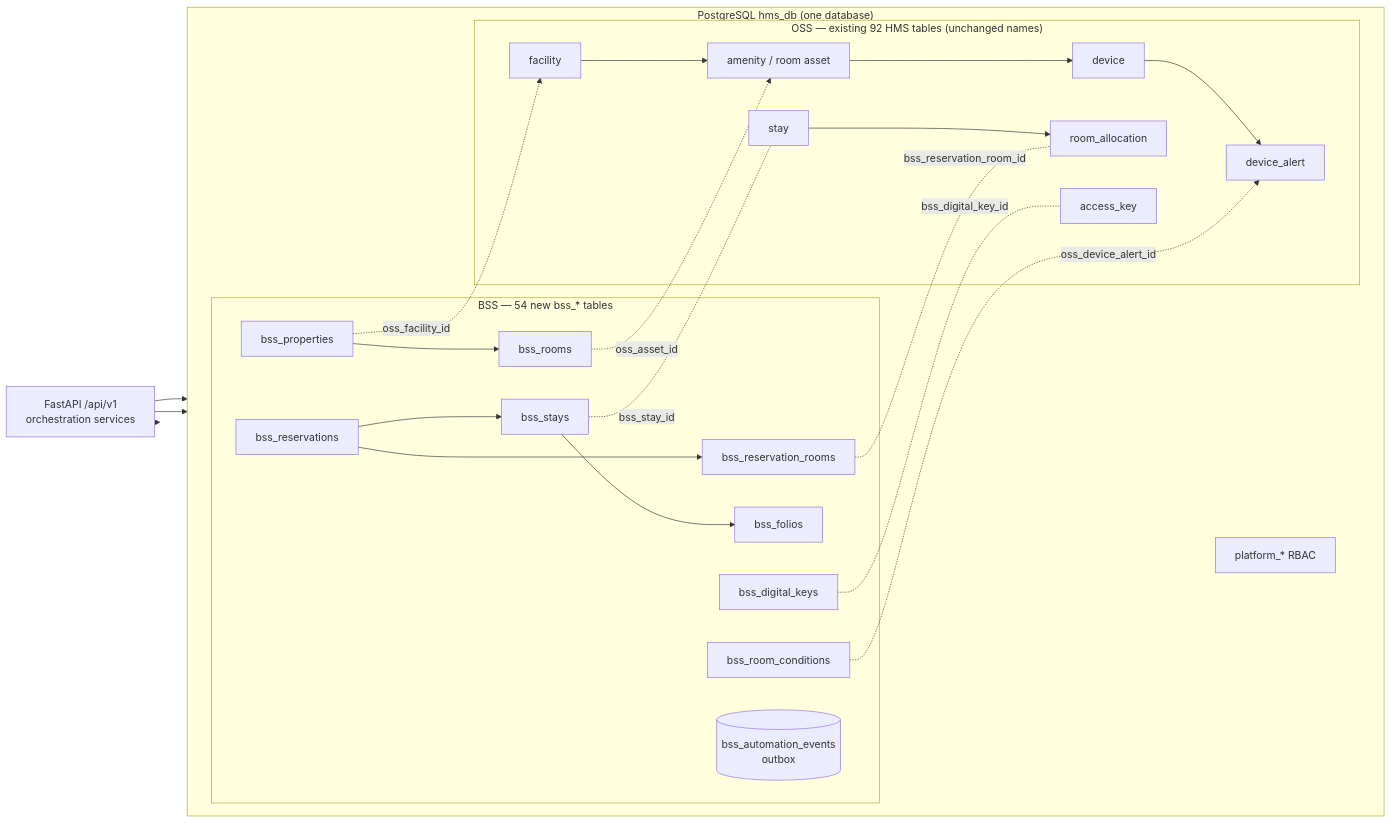
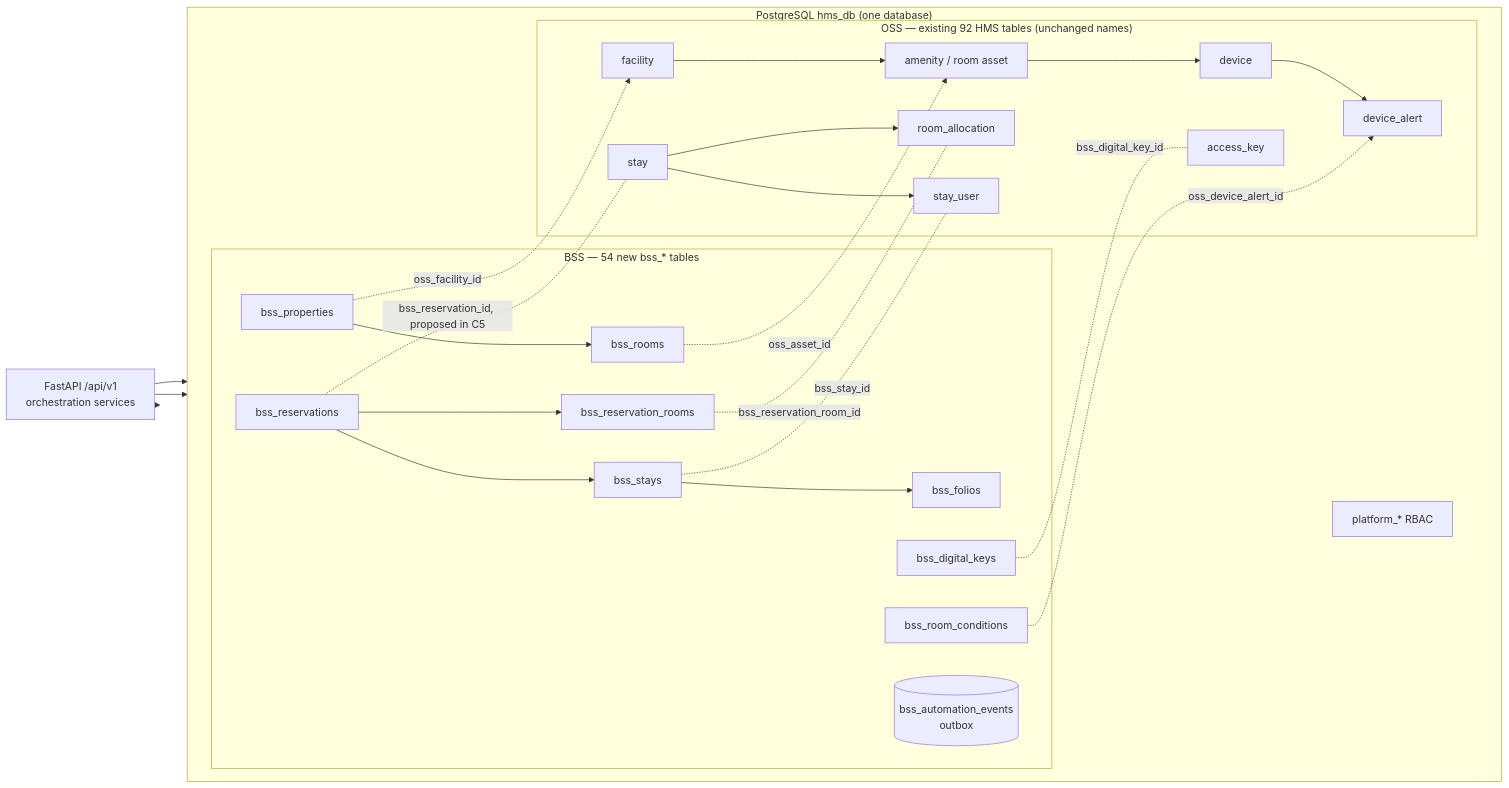
Before and after one commit to ramanag0119/ACX-Platform: the diagram in docs/HMS_NEW_SCHEMA_INTEGRATION_APPROACH.md, drawn with Mermaid. The commit also changed other lines of this file, not shown here.

First line of the commit message:
docs(schema): correct review findings in the integration approach

````diff
--- a/docs/HMS_NEW_SCHEMA_INTEGRATION_APPROACH.md
+++ b/docs/HMS_NEW_SCHEMA_INTEGRATION_APPROACH.md
@@ -160,31 +160,33 @@
 ```mermaid
 flowchart LR
   subgraph PG["PostgreSQL hms_db (one database)"]
     direction LR
     subgraph OSS["OSS — existing 92 HMS tables (unchanged names)"]
       F[facility] --> A[amenity / room asset]
       A --> D[device]
       D --> AL[device_alert]
       S[stay] --> RA[room_allocation]
+      S --> SU[stay_user]
       K[access_key]
     end
     subgraph BSS["BSS — 54 new bss_* tables"]
       P[bss_properties] --> R[bss_rooms]
       RS[bss_reservations] --> RR[bss_reservation_rooms]
       RS --> ST[bss_stays] --> FO[bss_folios]
       RC[bss_room_conditions]
       DK[bss_digital_keys]
       AE[(bss_automation_events<br/>outbox)]
     end
     PL["platform_* RBAC"]
   end
   P -. oss_facility_id .-> F
   R -. oss_asset_id .-> A
   RR -. bss_reservation_room_id .- RA
-  ST -. bss_stay_id .- S
+  RS -.-|"bss_reservation_id, proposed in C5"| S
+  ST -. bss_stay_id .- SU
   RC -. oss_device_alert_id .-> AL
   DK -. bss_digital_key_id .- K
   API["FastAPI /api/v1<br/>orchestration services"] --> OSS
   API --> BSS
   API --> AE
 ```
````
